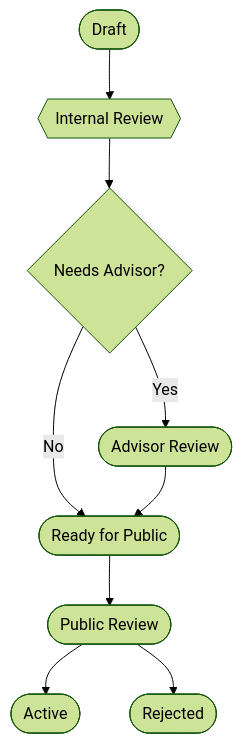
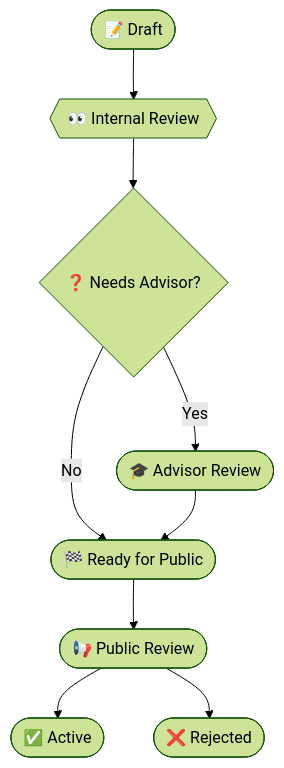
The diagram in content/history/legacy-rfcs/0001-governance-process.md (UncertaintyArchitectureGroup/uncertainty-architecture), drawn with Mermaid (forest theme) before and after one commit. The commit also changed other lines of this file, not shown here.

````diff
--- a/content/history/legacy-rfcs/0001-governance-process.md
+++ b/content/history/legacy-rfcs/0001-governance-process.md
@@ -45,11 +61,11 @@
 ```mermaid
 graph TD
-    Draft([Draft]) --> InternalPR{{Internal Review}}
-    InternalPR --> AdvisorCheck{Needs Advisor?}
-    AdvisorCheck -- Yes --> AdvisorReview([Advisor Review])
-    AdvisorCheck -- No --> FinalizeInternal([Ready for Public])
+    Draft([📝 Draft]) --> InternalPR{{"👀 Internal Review"}}
+    InternalPR --> AdvisorCheck{"❓ Needs Advisor?"}
+    AdvisorCheck -- Yes --> AdvisorReview([🎓 Advisor Review])
+    AdvisorCheck -- No --> FinalizeInternal([🏁 Ready for Public])
     AdvisorReview --> FinalizeInternal
-    FinalizeInternal --> PublicPR([Public Review])
-    PublicPR --> Active([Active])
-    PublicPR --> Rejected([Rejected])
+    FinalizeInternal --> PublicPR([📢 Public Review])
+    PublicPR --> Active([✅ Active])
+    PublicPR --> Rejected([❌ Rejected])
 ```
````
